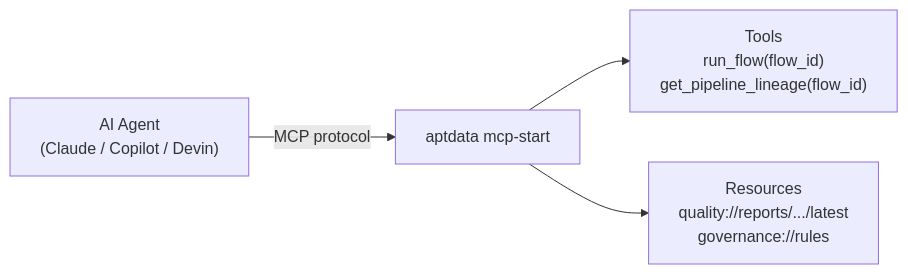
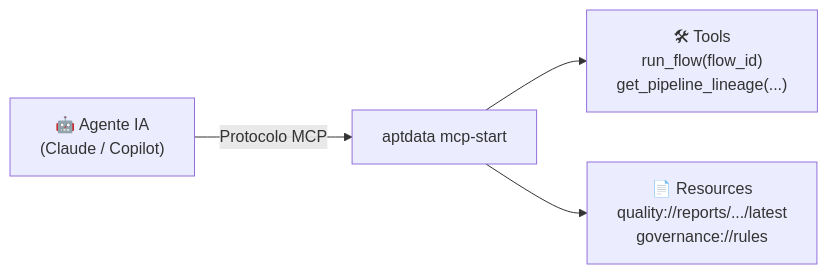
Before and after one commit to antunes-hq/aptdata-flow-os: the diagram in docs/mcp.md, drawn with Mermaid. The commit also changed other lines of this file and 12 other files, not shown here.

````diff
--- a/docs/mcp.md
+++ b/docs/mcp.md
@@ -20,11 +11,11 @@
 ```mermaid
 graph LR
-    A["AI Agent\n(Claude / Copilot / Devin)"]
+    A["🤖 Agente IA\n(Claude / Copilot)"]
     S["aptdata mcp-start"]
-    T["Tools\nrun_flow(flow_id)\nget_pipeline_lineage(flow_id)"]
-    R["Resources\nquality://reports/.../latest\ngovernance://rules"]
+    T["🛠 Tools\nrun_flow(flow_id)\nget_pipeline_lineage(...)"]
+    R["📄 Resources\nquality://reports/.../latest\ngovernance://rules"]
 
-    A -- "MCP protocol" --> S
+    A -- "Protocolo MCP" --> S
     S --> T
     S --> R
 ```
````
